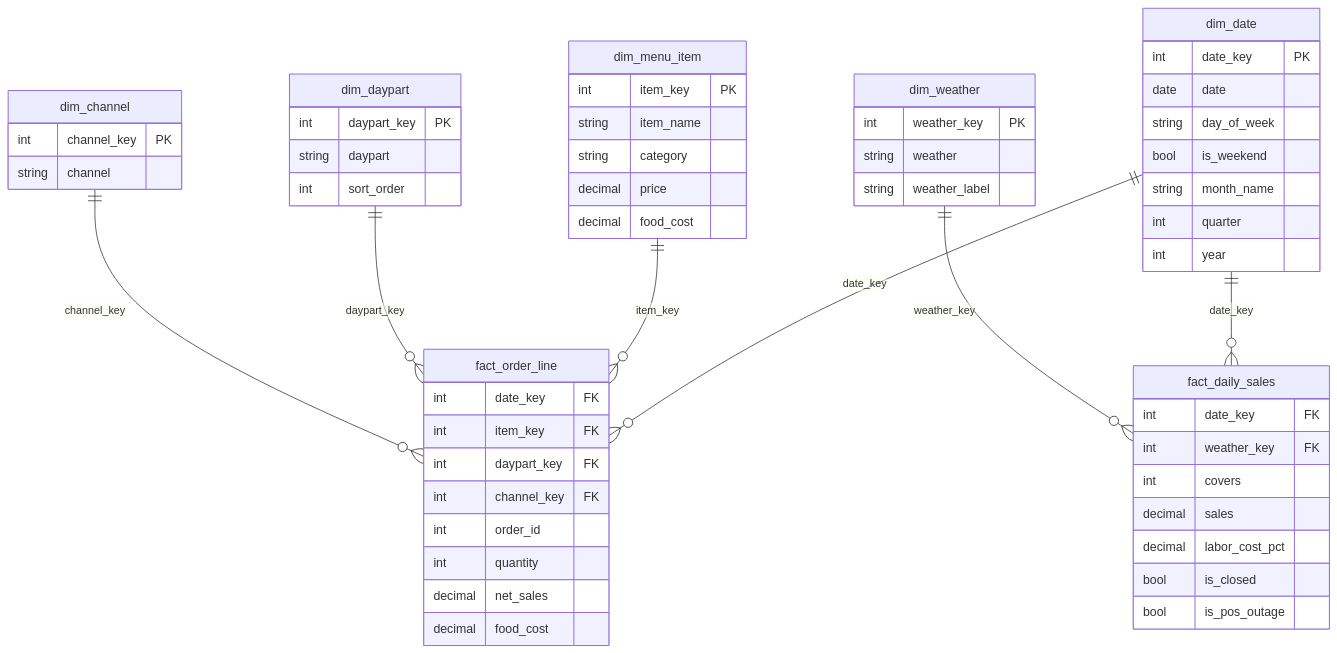
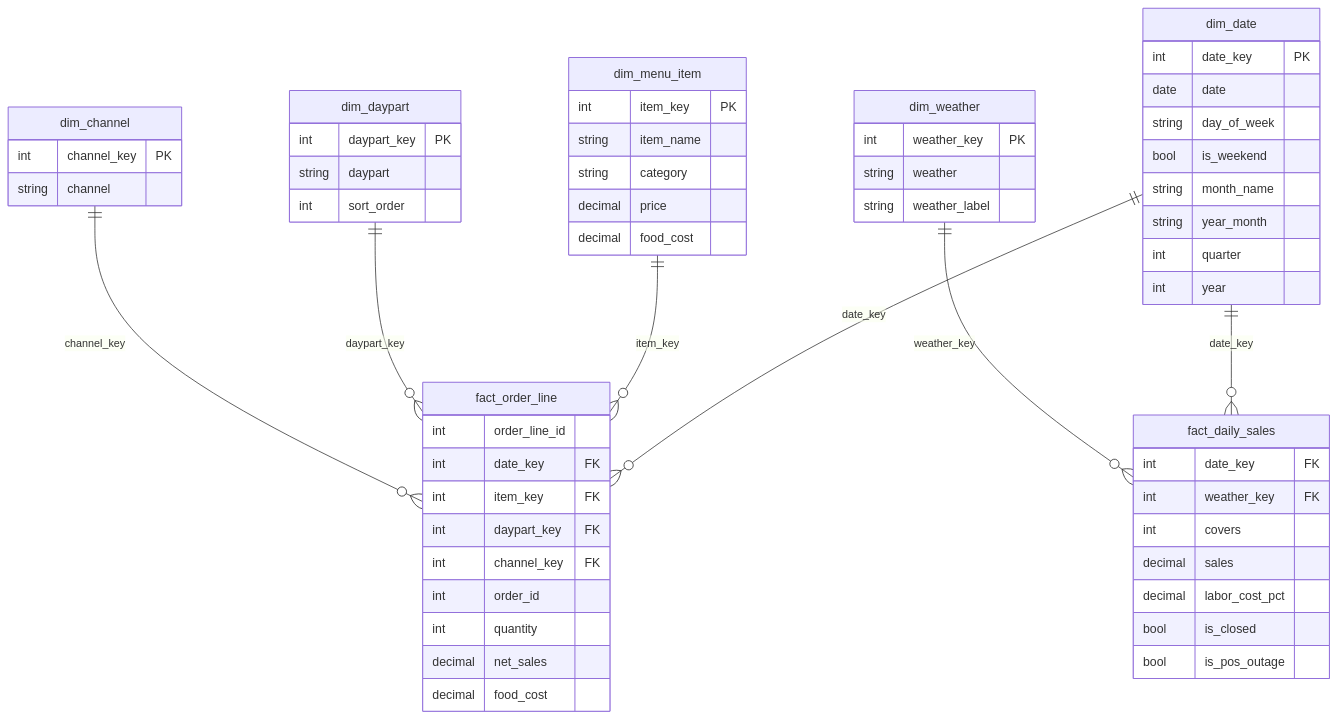
Before and after one commit to Shoyo0104/restaurant-sales-forecasting: the diagram in README.md, drawn with Mermaid. The commit also changed other lines of this file and 2 other files, not shown here.

````diff
--- a/README.md
+++ b/README.md
@@ -87,59 +87,61 @@
 ```mermaid
 erDiagram
     dim_date {
         int date_key PK
         date date
         string day_of_week
         bool is_weekend
         string month_name
+        string year_month
         int quarter
         int year
     }
     dim_menu_item {
         int item_key PK
         string item_name
         string category
         decimal price
         decimal food_cost
     }
     dim_daypart {
         int daypart_key PK
         string daypart
         int sort_order
     }
     dim_channel {
         int channel_key PK
         string channel
     }
     dim_weather {
         int weather_key PK
         string weather
         string weather_label
     }
     fact_order_line {
+        int order_line_id
         int date_key FK
         int item_key FK
         int daypart_key FK
         int channel_key FK
         int order_id
         int quantity
         decimal net_sales
         decimal food_cost
     }
     fact_daily_sales {
         int date_key FK
         int weather_key FK
         int covers
         decimal sales
         decimal labor_cost_pct
         bool is_closed
         bool is_pos_outage
     }
 
     dim_date ||--o{ fact_order_line : date_key
     dim_menu_item ||--o{ fact_order_line : item_key
     dim_daypart ||--o{ fact_order_line : daypart_key
     dim_channel ||--o{ fact_order_line : channel_key
     dim_date ||--o{ fact_daily_sales : date_key
     dim_weather ||--o{ fact_daily_sales : weather_key
 ```
````
